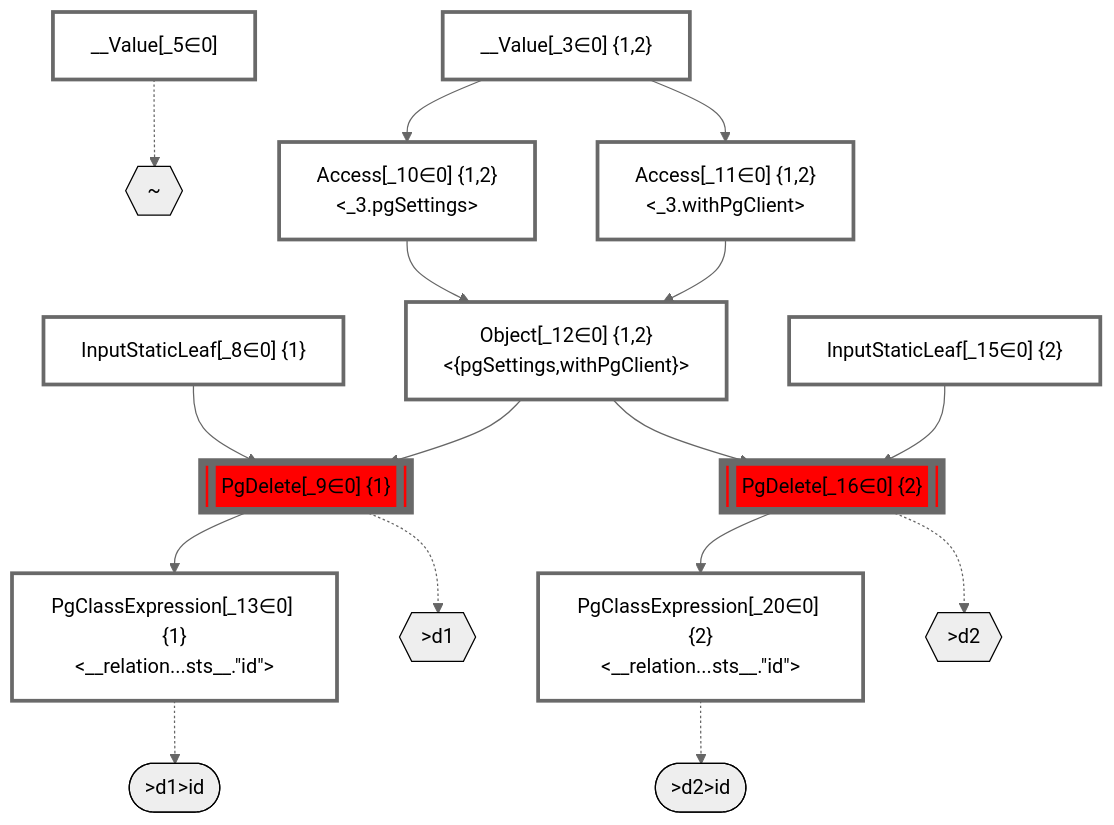
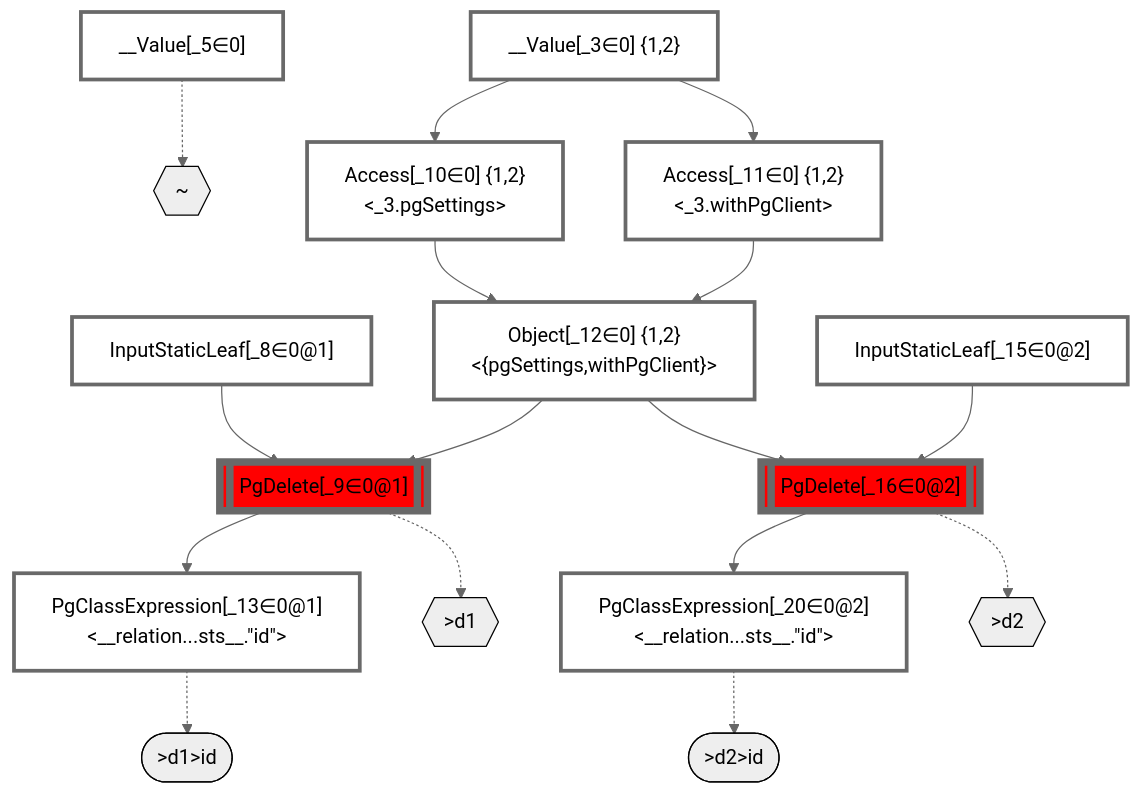
The diagram in packages/dataplan-pg/__tests__/mutations/basics/delete-relational-post-no-computed.mermaid.md (graphile/crystal), drawn with Mermaid (neutral theme) before and after one commit. The commit also changed 41 other files, not shown here.

Commit message:
New mermaid output with primary group IDs

````diff
--- a/packages/dataplan-pg/__tests__/mutations/basics/delete-relational-post-no-computed.mermaid.md
+++ b/packages/dataplan-pg/__tests__/mutations/basics/delete-relational-post-no-computed.mermaid.md
@@ -1,55 +1,55 @@
 ```mermaid
 graph TD
     classDef path fill:#eee,stroke:#000,color:#000
     classDef plan fill:#fff,stroke-width:3px,color:#000
     classDef itemplan fill:#fff,stroke-width:6px,color:#000
     classDef sideeffectplan fill:#f00,stroke-width:6px,color:#000
 
     %% subgraph fields
     P1{{"~"}}:::path
     P2{{">d1"}}:::path
     P3([">d1>id"]):::path
     %% P2 -.-> P3
     %% P1 -.-> P2
     P4{{">d2"}}:::path
     P5([">d2>id"]):::path
     %% P4 -.-> P5
     %% P1 -.-> P4
     %% end
 
     %% define plans
     __Value_3["__Value[_3∈0] {1,2}<br /><context>"]:::plan
     __Value_5["__Value[_5∈0]<br /><rootValue>"]:::plan
-    InputStaticLeaf_8["InputStaticLeaf[_8∈0] {1}"]:::plan
-    PgDelete_9[["PgDelete[_9∈0] {1}"]]:::sideeffectplan
+    InputStaticLeaf_8["InputStaticLeaf[_8∈0@1]"]:::plan
+    PgDelete_9[["PgDelete[_9∈0@1]"]]:::sideeffectplan
     Access_10["Access[_10∈0] {1,2}<br /><_3.pgSettings>"]:::plan
     Access_11["Access[_11∈0] {1,2}<br /><_3.withPgClient>"]:::plan
     Object_12["Object[_12∈0] {1,2}<br /><{pgSettings,withPgClient}>"]:::plan
-    PgClassExpression_13["PgClassExpression[_13∈0] {1}<br /><__relation...sts__.#quot;id#quot;>"]:::plan
-    InputStaticLeaf_15["InputStaticLeaf[_15∈0] {2}"]:::plan
-    PgDelete_16[["PgDelete[_16∈0] {2}"]]:::sideeffectplan
-    PgClassExpression_20["PgClassExpression[_20∈0] {2}<br /><__relation...sts__.#quot;id#quot;>"]:::plan
+    PgClassExpression_13["PgClassExpression[_13∈0@1]<br /><__relation...sts__.#quot;id#quot;>"]:::plan
+    InputStaticLeaf_15["InputStaticLeaf[_15∈0@2]"]:::plan
+    PgDelete_16[["PgDelete[_16∈0@2]"]]:::sideeffectplan
+    PgClassExpression_20["PgClassExpression[_20∈0@2]<br /><__relation...sts__.#quot;id#quot;>"]:::plan
 
     %% plan dependencies
     Object_12 --> PgDelete_9
     InputStaticLeaf_8 --> PgDelete_9
     __Value_3 --> Access_10
     __Value_3 --> Access_11
     Access_10 --> Object_12
     Access_11 --> Object_12
     PgDelete_9 --> PgClassExpression_13
     Object_12 --> PgDelete_16
     InputStaticLeaf_15 --> PgDelete_16
     PgDelete_16 --> PgClassExpression_20
 
     %% plan-to-path relationships
     __Value_5 -.-> P1
     PgDelete_9 -.-> P2
     PgClassExpression_13 -.-> P3
     PgDelete_16 -.-> P4
     PgClassExpression_20 -.-> P5
 
     %% allocate buckets
     classDef bucket0 stroke:#696969
     class __Value_3,__Value_5,InputStaticLeaf_8,PgDelete_9,Access_10,Access_11,Object_12,PgClassExpression_13,InputStaticLeaf_15,PgDelete_16,PgClassExpression_20 bucket0
 ```
````
